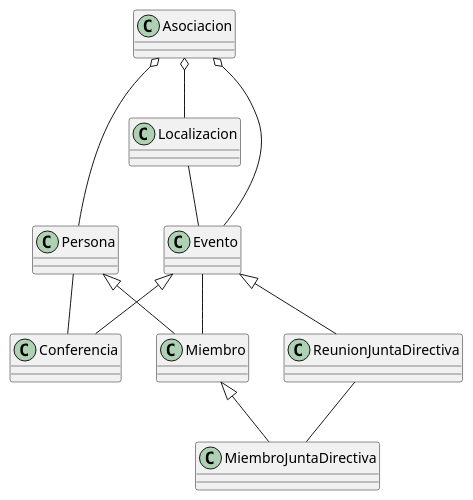
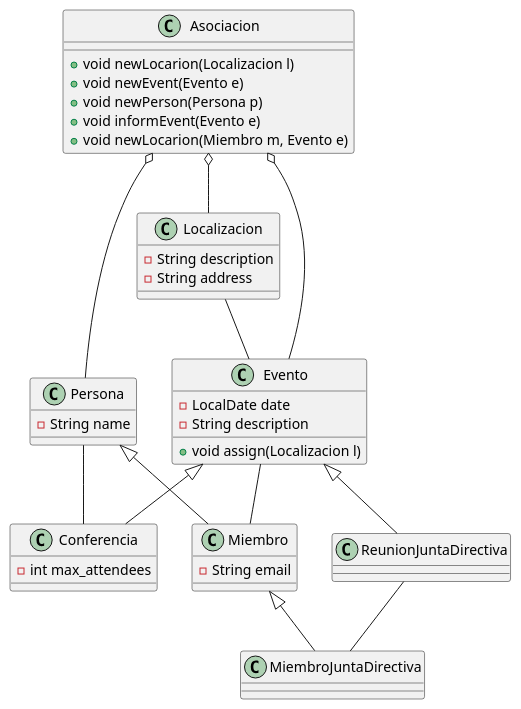
Before and after one commit to M-pozo/PracticaUML: the diagram in src/UML/AsociacionUML.puml, drawn with PlantUML.

Commit message:
Implementación de métodos y variables (UML)

```diff
--- a/src/UML/AsociacionUML.puml
+++ b/src/UML/AsociacionUML.puml
@@ -1,40 +1,47 @@
 @startuml
 
 class Asociacion {
-
+    + void newLocarion(Localizacion l)
+    + void newEvent(Evento e)
+    + void newPerson(Persona p)
+    + void informEvent(Evento e)
+    + void newLocarion(Miembro m, Evento e)
 }
 class Conferencia {
-
+    - int max_attendees
 }
 class Evento {
-
+    - LocalDate date
+    - String description
+    + void assign(Localizacion l)
 }
 class Localizacion {
-
+    - String description
+    - String address
 }
 class Miembro {
-
+    - String email
 }
 class MiembroJuntaDirectiva {
 
 }
 class Persona {
-
+    - String name
 }
 class ReunionJuntaDirectiva {
 
 }
 
 Asociacion o-- Persona
 Persona <|-- Miembro
 Persona -- Conferencia
 Miembro <|-- MiembroJuntaDirectiva
 Asociacion o-- Localizacion
 Localizacion -- Evento
 Asociacion o-- Evento
 Evento <|-- Conferencia
 Evento <|-- ReunionJuntaDirectiva
 ReunionJuntaDirectiva -- MiembroJuntaDirectiva
 Evento -- Miembro
 
 @enduml
```
